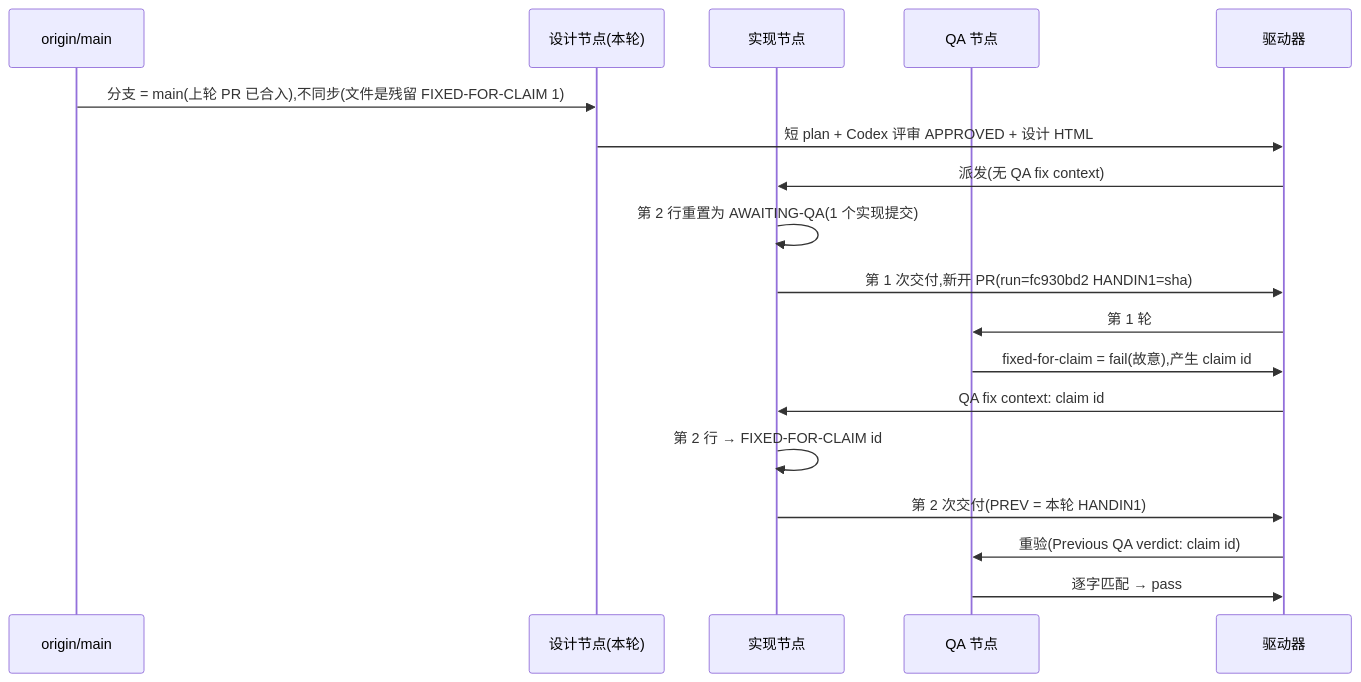
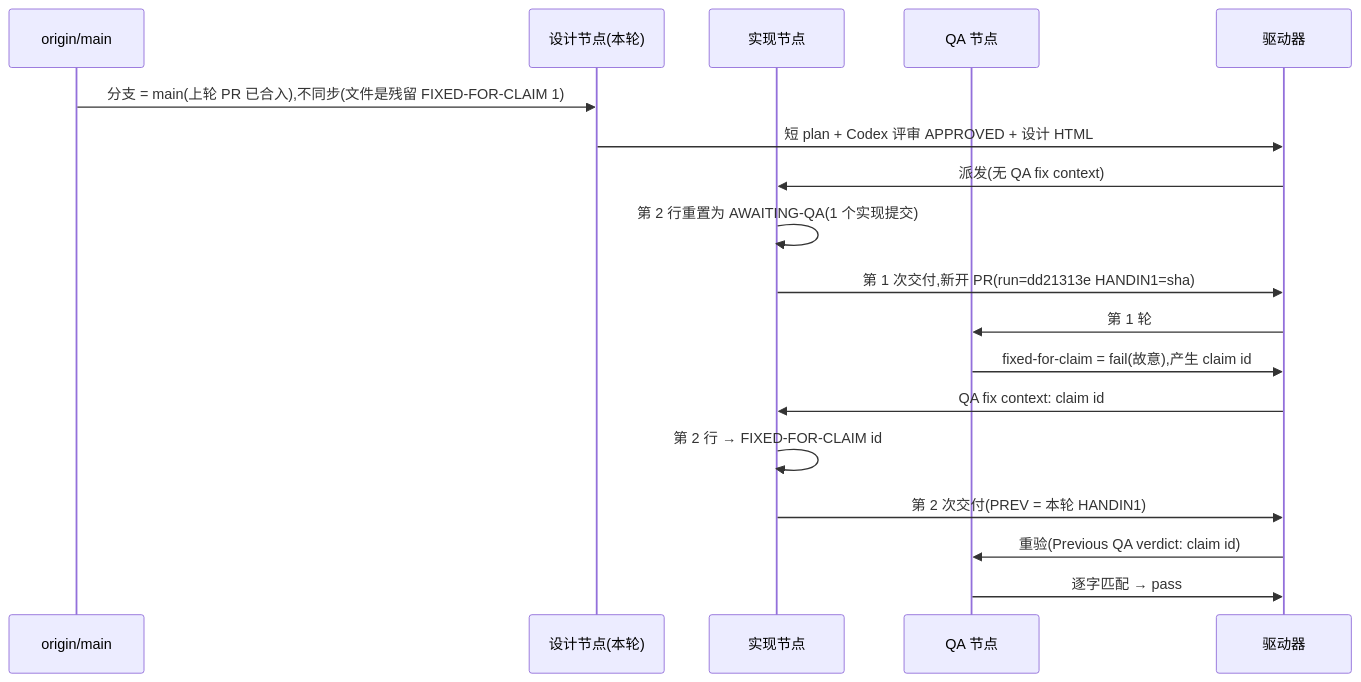
The diagram in engineering/doc/FLY-3150-real-runner-drill/d1-core-flow.mmd (xrliAnnie/flywheel-qa-sandbox), drawn with Mermaid before and after one commit. The commit also changed 5 other files, not shown here.

```diff
--- a/engineering/doc/FLY-3150-real-runner-drill/d1-core-flow.mmd
+++ b/engineering/doc/FLY-3150-real-runner-drill/d1-core-flow.mmd
@@ -1,18 +1,18 @@
 sequenceDiagram
     participant M as origin/main
     participant S as 设计节点(本轮)
     participant I as 实现节点
     participant Q as QA 节点
     participant D as 驱动器
     M->>S: 分支 = main(上轮 PR 已合入),不同步(文件是残留 FIXED-FOR-CLAIM 1)
     S->>D: 短 plan + Codex 评审 APPROVED + 设计 HTML
     D->>I: 派发(无 QA fix context)
     I->>I: 第 2 行重置为 AWAITING-QA(1 个实现提交)
-    I->>D: 第 1 次交付,新开 PR(run=fc930bd2 HANDIN1=sha)
+    I->>D: 第 1 次交付,新开 PR(run=dd21313e HANDIN1=sha)
     D->>Q: 第 1 轮
     Q->>D: fixed-for-claim = fail(故意),产生 claim id
     D->>I: QA fix context: claim id
     I->>I: 第 2 行 → FIXED-FOR-CLAIM id
     I->>D: 第 2 次交付(PREV = 本轮 HANDIN1)
     D->>Q: 重验(Previous QA verdict: claim id)
     Q->>D: 逐字匹配 → pass
```
